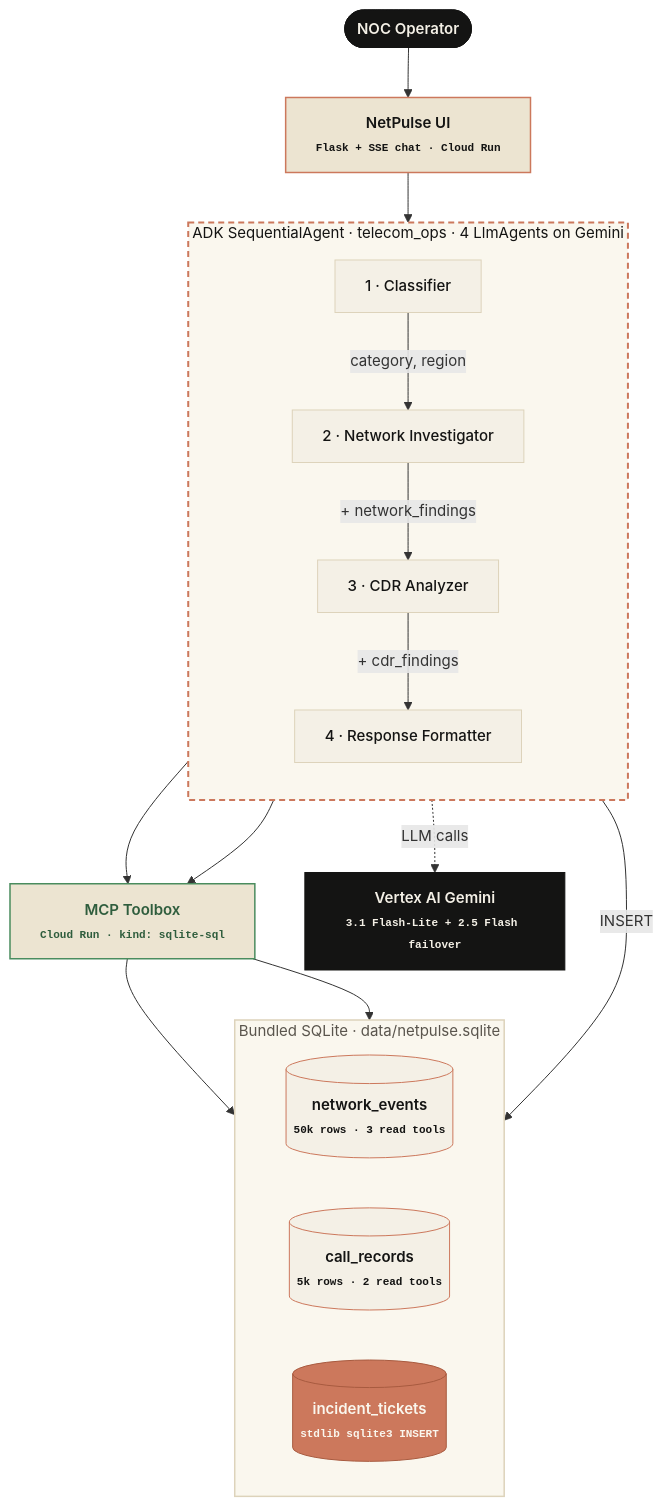
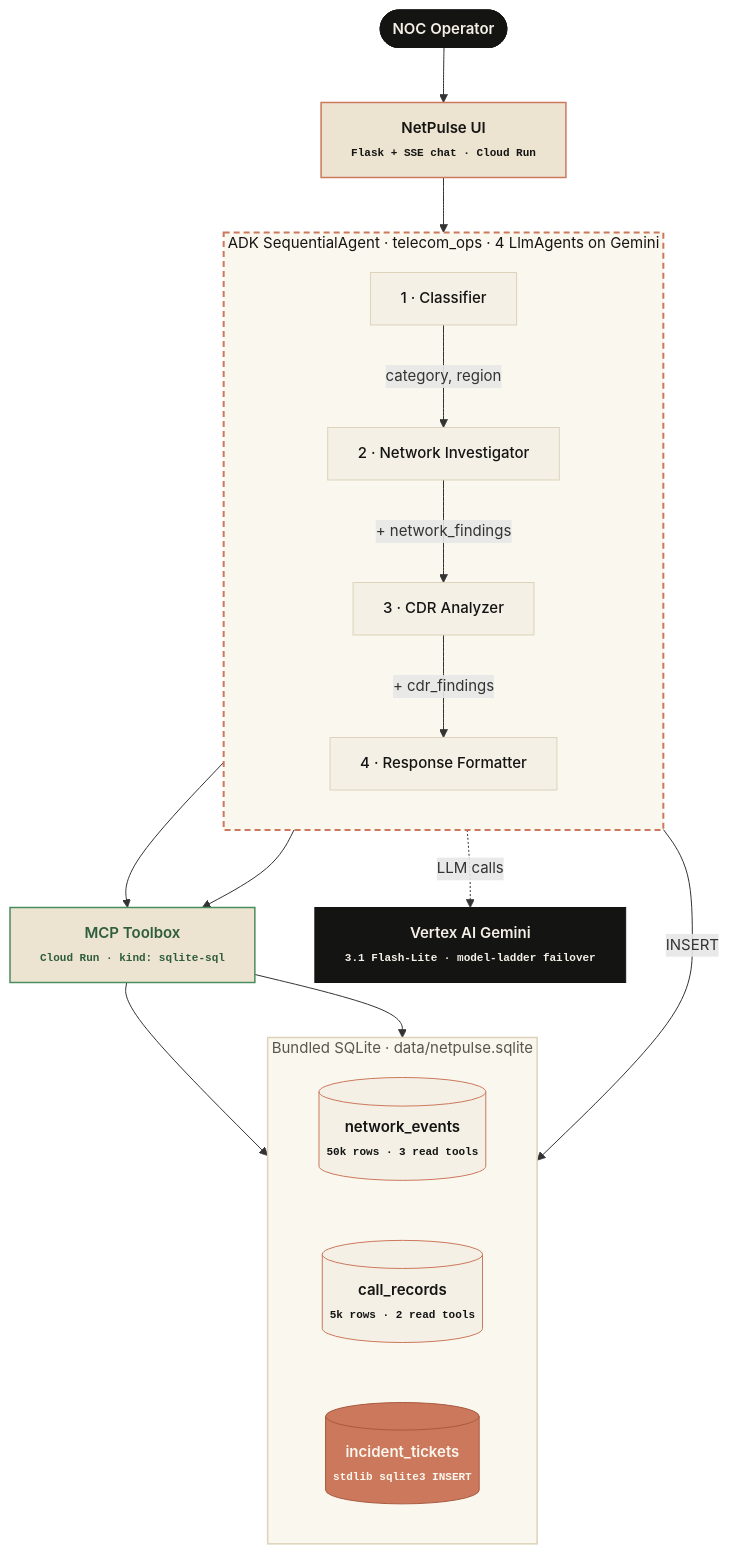
Before and after one commit to adityonugrohoid/hackathon-telecom-ops: the diagram in docs/architecture.mmd, drawn with Mermaid. The commit also changed 1 other file, not shown here.

Commit message:
fix: redraw the architecture figure the docs page serves (#42)

```diff
--- a/docs/architecture.mmd
+++ b/docs/architecture.mmd
@@ -1,52 +1,52 @@
-%%{init: {"flowchart": {"htmlLabels": true, "curve": "basis"}, "themeVariables": {"fontSize": "15px", "fontFamily": "Inter, -apple-system, Segoe UI, sans-serif"}}}%%
+%%{init: {"flowchart": {"htmlLabels": true, "curve": "basis", "wrappingWidth": 360, "nodeSpacing": 60, "rankSpacing": 55}, "themeVariables": {"fontSize": "15px", "fontFamily": "Inter, -apple-system, Segoe UI, sans-serif"}}}%%
 flowchart TB
     User([NOC Operator])
     UI["NetPulse UI<br/><span style='font-size:11px;font-weight:400;font-family:JetBrains Mono,monospace'>Flask + SSE chat &middot; Cloud Run</span>"]
 
     subgraph ORCH["ADK SequentialAgent &middot; telecom_ops &middot; 4 LlmAgents on Gemini"]
         direction TB
         A1["1 &middot; Classifier"]
         A2["2 &middot; Network Investigator"]
         A3["3 &middot; CDR Analyzer"]
         A4["4 &middot; Response Formatter"]
         A1 -- "category, region" --> A2
         A2 -- "+ network_findings" --> A3
         A3 -- "+ cdr_findings" --> A4
     end
 
     MCP["MCP Toolbox<br/><span style='font-size:11px;font-weight:400;font-family:JetBrains Mono,monospace'>Cloud Run &middot; kind: sqlite-sql</span>"]
 
     subgraph DATA["Bundled SQLite &middot; data/netpulse.sqlite"]
         direction LR
         SQ1[("network_events<br/><span style='font-size:11px;font-weight:400;font-family:JetBrains Mono,monospace'>50k rows &middot; 3 read tools</span>")]
         SQ2[("call_records<br/><span style='font-size:11px;font-weight:400;font-family:JetBrains Mono,monospace'>5k rows &middot; 2 read tools</span>")]
         SQ3[("incident_tickets<br/><span style='font-size:11px;font-weight:400;font-family:JetBrains Mono,monospace'>stdlib sqlite3 INSERT</span>")]
     end
 
-    Vertex["Vertex AI Gemini<br/><span style='font-size:11px;font-weight:400;font-family:JetBrains Mono,monospace'>3.1 Flash-Lite + 2.5 Flash failover</span>"]
+    Vertex["Vertex AI Gemini<br/><span style='font-size:11px;font-weight:400;font-family:JetBrains Mono,monospace'>3.1 Flash-Lite &middot; model-ladder failover</span>"]
 
     User --> UI --> A1
     A2 --> MCP --> SQ1
     A3 --> MCP --> SQ2
     A4 -- "INSERT" --> SQ3
     ORCH -. "LLM calls" .-> Vertex
 
     %% NetPulse palette: cream paper, deep ink, clay coral accent, pandan green
     classDef user        fill:#141413,stroke:#141413,color:#F4F0E6,font-weight:600
     classDef fe          fill:#ECE4D1,stroke:#CC785C,color:#141413,font-weight:600,stroke-width:1.5px
     classDef adk         fill:#F4F0E6,stroke:#DDD3BB,color:#141413,font-weight:500
     classDef mcp         fill:#ECE4D1,stroke:#4a8c5e,color:#2f5d3d,font-weight:600,stroke-width:1.5px
     classDef sqlite      fill:#F4F0E6,stroke:#CC785C,color:#141413,font-weight:600
     classDef sqliteWrite fill:#CC785C,stroke:#A85B40,color:#FAF7EE,font-weight:600
     classDef vertex      fill:#141413,stroke:#141413,color:#F4F0E6,font-weight:600
 
     class User user
     class UI fe
     class A1,A2,A3,A4 adk
     class MCP mcp
     class SQ1,SQ2 sqlite
     class SQ3 sqliteWrite
     class Vertex vertex
 
     style ORCH fill:#FAF7EE,stroke:#CC785C,stroke-width:2px,stroke-dasharray:6 4,color:#141413
     style DATA fill:#FAF7EE,stroke:#DDD3BB,stroke-width:1.5px,color:#5A554D
```
